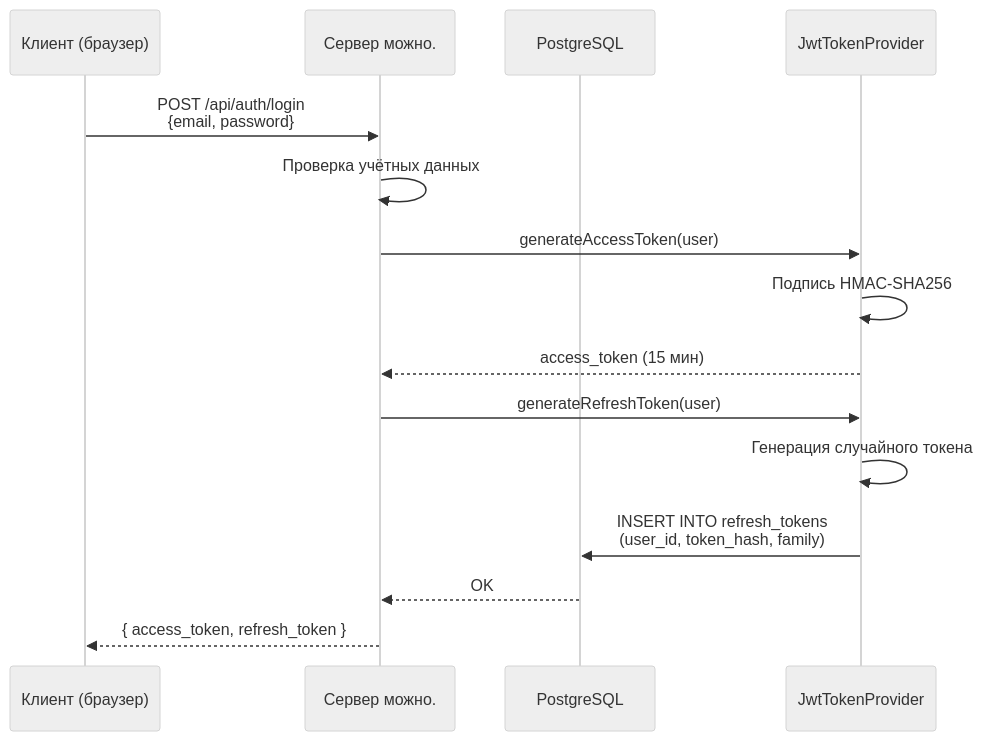
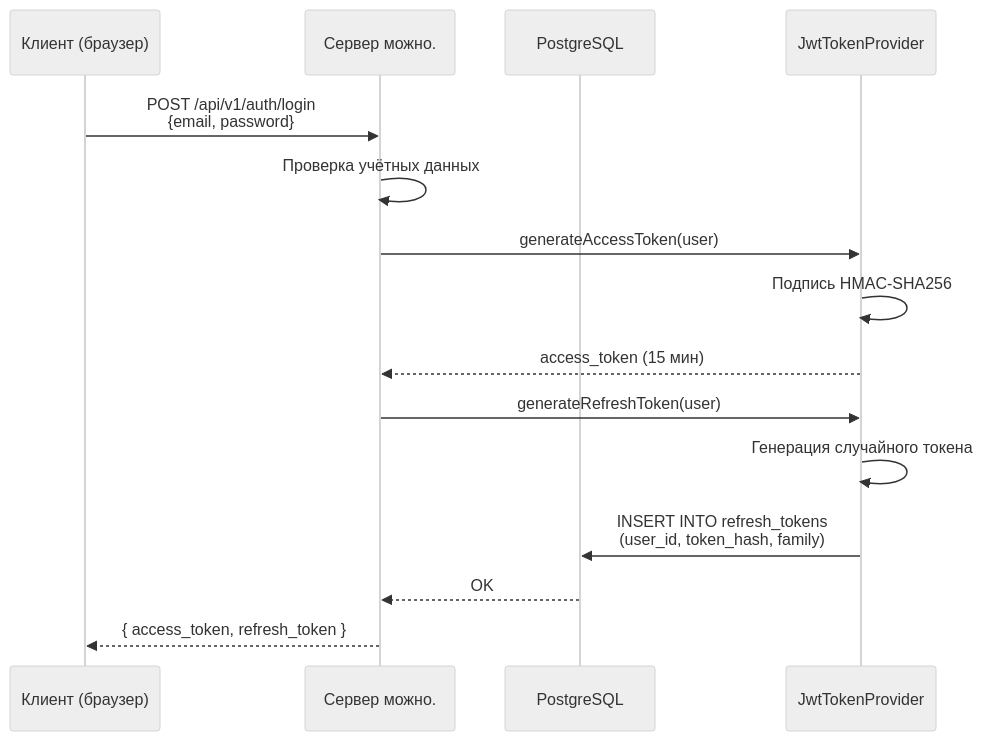
Before and after one commit to edgar-dev20/mozhno: the third of 6 diagrams in docs/advanced/architecture.md, drawn with Mermaid (neutral theme). The commit also changed other lines of this file and 62 other files, not shown here.

````diff
--- a/docs/advanced/architecture.md
+++ b/docs/advanced/architecture.md
@@ -184,18 +184,18 @@
 ```mermaid
 sequenceDiagram
     participant Client as Клиент (браузер)
     participant Server as Сервер можно.
     participant DB as PostgreSQL
     participant JWT as JwtTokenProvider
 
-    Client->>Server: POST /api/auth/login<br/>{email, password}
+    Client->>Server: POST /api/v1/auth/login<br/>{email, password}
     Server->>Server: Проверка учётных данных
     Server->>JWT: generateAccessToken(user)
     JWT->>JWT: Подпись HMAC-SHA256
     JWT-->>Server: access_token (15 мин)
     Server->>JWT: generateRefreshToken(user)
     JWT->>JWT: Генерация случайного токена
     JWT->>DB: INSERT INTO refresh_tokens<br/>(user_id, token_hash, family)
     DB-->>Server: OK
     Server-->>Client: { access_token, refresh_token }
 ```
````
